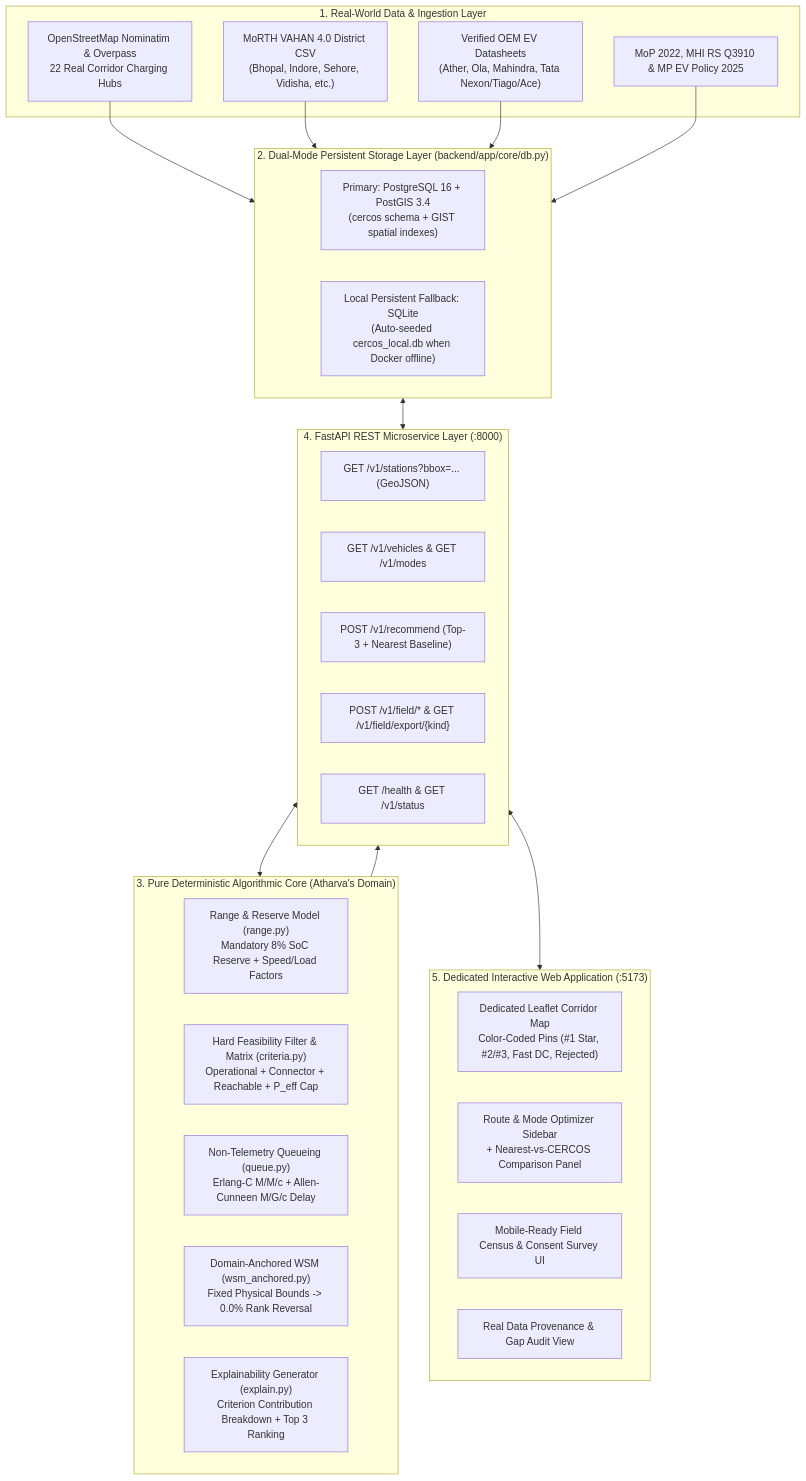
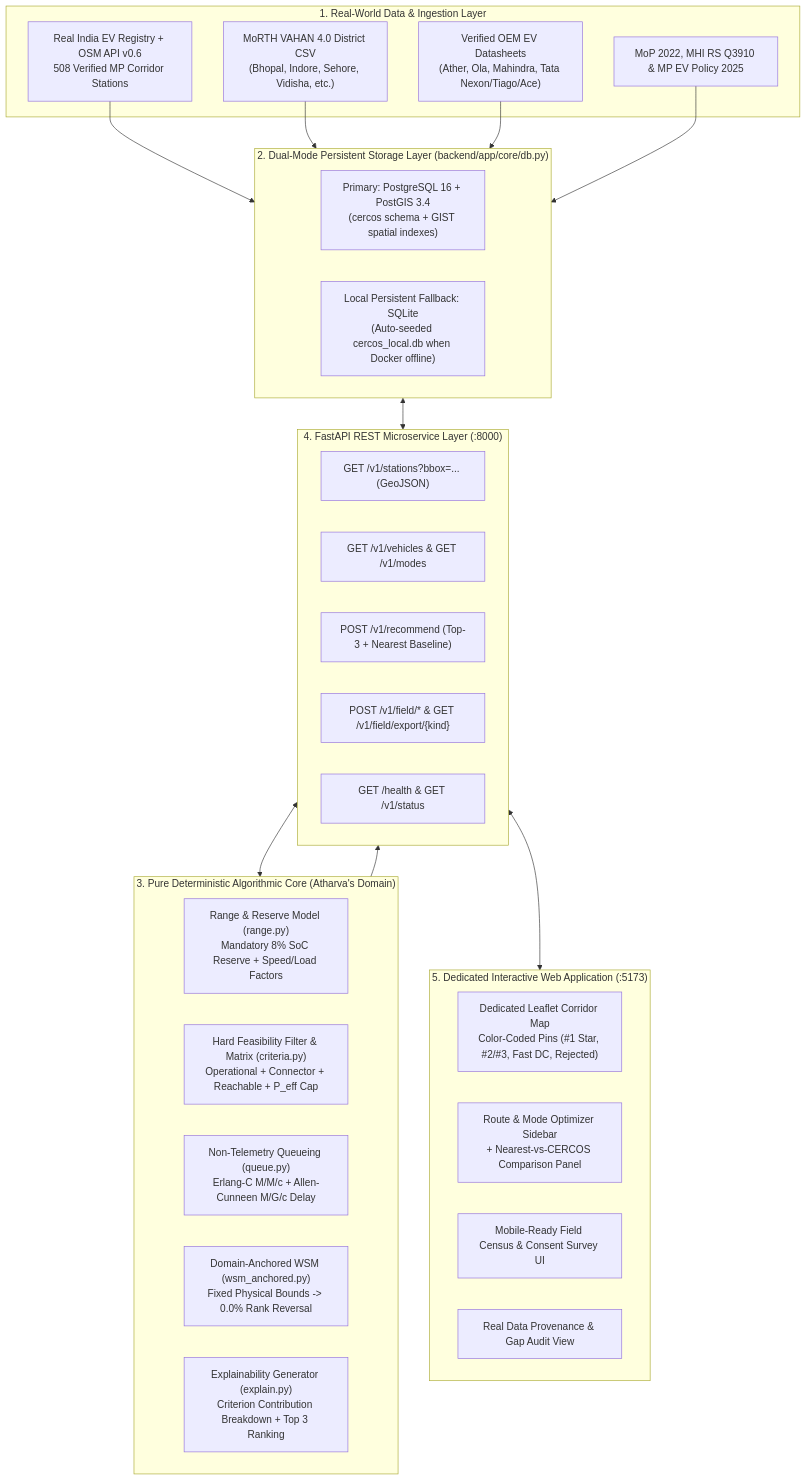
Before and after one commit to anshere0/CERCOS: the diagram in docs/CERCOS_COMPLETE_SYSTEM_REPORT.md, drawn with Mermaid. The commit also changed other lines of this file and 14 other files, not shown here.

Commit message:
Ingest 508 verified Madhya Pradesh EV stations and improve hard-constraint UX

````diff
--- a/docs/CERCOS_COMPLETE_SYSTEM_REPORT.md
+++ b/docs/CERCOS_COMPLETE_SYSTEM_REPORT.md
@@ -50,43 +50,43 @@
 ```mermaid
 flowchart TB
     subgraph DATA["1. Real-World Data & Ingestion Layer"]
-        OSM["OpenStreetMap Nominatim & Overpass<br/>22 Real Corridor Charging Hubs"]
+        OSM["Real India EV Registry + OSM API v0.6<br/>508 Verified MP Corridor Stations"]
         VAHAN["MoRTH VAHAN 4.0 District CSV<br/>(Bhopal, Indore, Sehore, Vidisha, etc.)"]
         OEM["Verified OEM EV Datasheets<br/>(Ather, Ola, Mahindra, Tata Nexon/Tiago/Ace)"]
         POLICY["MoP 2022, MHI RS Q3910 & MP EV Policy 2025"]
     end
 
     subgraph STORAGE["2. Dual-Mode Persistent Storage Layer (backend/app/core/db.py)"]
         PG["Primary: PostgreSQL 16 + PostGIS 3.4<br/>(cercos schema + GIST spatial indexes)"]
         SQLITE["Local Persistent Fallback: SQLite<br/>(Auto-seeded cercos_local.db when Docker offline)"]
     end
 
     subgraph ENGINE["3. Pure Deterministic Algorithmic Core (Atharva's Domain)"]
         RANGE["Range & Reserve Model (range.py)<br/>Mandatory 8% SoC Reserve + Speed/Load Factors"]
         FILTER["Hard Feasibility Filter & Matrix (criteria.py)<br/>Operational + Connector + Reachable + P_eff Cap"]
         QUEUE["Non-Telemetry Queueing (queue.py)<br/>Erlang-C M/M/c + Allen-Cunneen M/G/c Delay"]
         SCORING["Domain-Anchored WSM (wsm_anchored.py)<br/>Fixed Physical Bounds -> 0.0% Rank Reversal"]
         EXPLAIN["Explainability Generator (explain.py)<br/>Criterion Contribution Breakdown + Top 3 Ranking"]
     end
 
     subgraph API["4. FastAPI REST Microservice Layer (:8000)"]
         EP1["GET /v1/stations?bbox=... (GeoJSON)"]
         EP2["GET /v1/vehicles & GET /v1/modes"]
         EP3["POST /v1/recommend (Top-3 + Nearest Baseline)"]
         EP4["POST /v1/field/* & GET /v1/field/export/{kind}"]
         EP5["GET /health & GET /v1/status"]
     end
 
     subgraph FRONTEND["5. Dedicated Interactive Web Application (:5173)"]
         MAP["Dedicated Leaflet Corridor Map<br/>Color-Coded Pins (#1 Star, #2/#3, Fast DC, Rejected)"]
         OPT["Route & Mode Optimizer Sidebar<br/>+ Nearest-vs-CERCOS Comparison Panel"]
         FIELD["Mobile-Ready Field Census & Consent Survey UI"]
         AUDIT["Real Data Provenance & Gap Audit View"]
     end
 
     OSM & VAHAN & OEM & POLICY --> STORAGE
     STORAGE <--> API
     API <--> ENGINE
     ENGINE --> API
     API <--> FRONTEND
 ```
````
